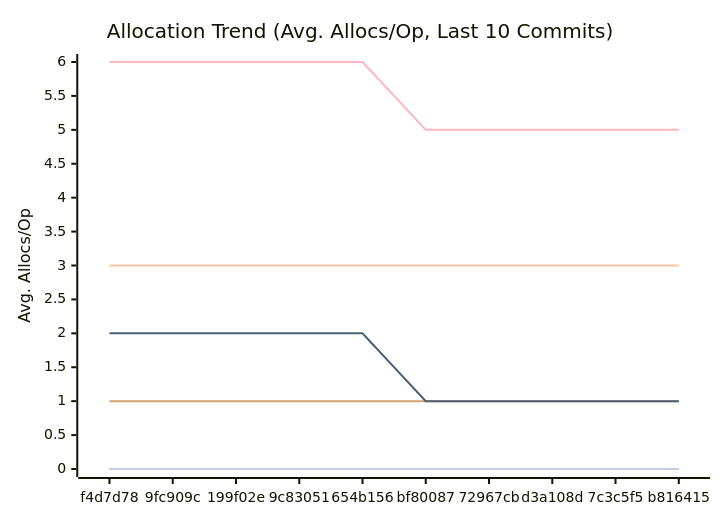
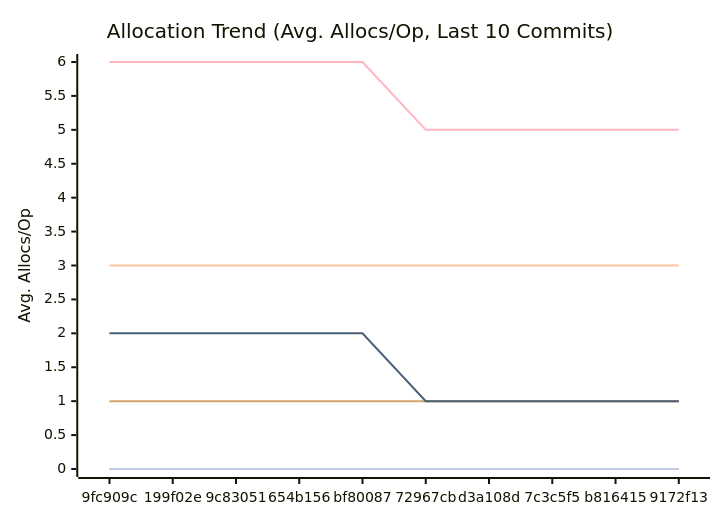
The third of 3 diagrams in docs/PERFORMANCE.md (alsotoes/momo), drawn with Mermaid before and after one commit. The commit also changed other lines of this file and 2 other files, not shown here.

````diff
--- a/docs/PERFORMANCE.md
+++ b/docs/PERFORMANCE.md
@@ -114,16 +114,16 @@
 ```mermaid
 xychart-beta
     title "Allocation Trend (Avg. Allocs/Op, Last 10 Commits)"
     x-axis "Commit"
     y-axis "Avg. Allocs/Op"
-    x-axis [f4d7d78,9fc909c,199f02e,9c83051,654b156,bf80087,72967cb,d3a108d,7c3c5f5,b816415]
+    x-axis [9fc909c,199f02e,9c83051,654b156,bf80087,72967cb,d3a108d,7c3c5f5,b816415,9172f13]
     line "CheckMetricsAndSwap" [0,0,0,0,0,0,0,0,0,0]
     line "CrushOptimized" [0,0,0,0,0,0,0,0,0,0]
     line "CrushOriginal" [3,3,3,3,3,3,3,3,3,3]
     line "IndexDirectTracking" [0,0,0,0,0,0,0,0,0,0]
     line "IndexSearch" [0,0,0,0,0,0,0,0,0,0]
     line "LoadGlobalConfig" [1,1,1,1,1,1,1,1,1,1]
     line "PadString" [0,0,0,0,0,0,0,0,0,0]
     line "ParseReplicationOrder_NoPrealloc" [6,6,6,6,6,5,5,5,5,5]
     line "ParseReplicationOrder_Prealloc" [2,2,2,2,2,1,1,1,1,1]
 ```
````
